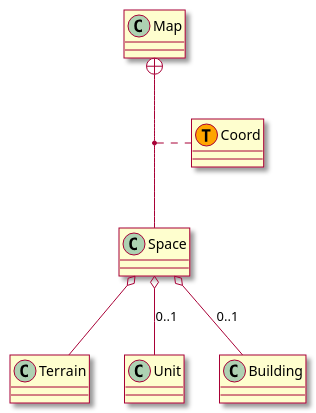
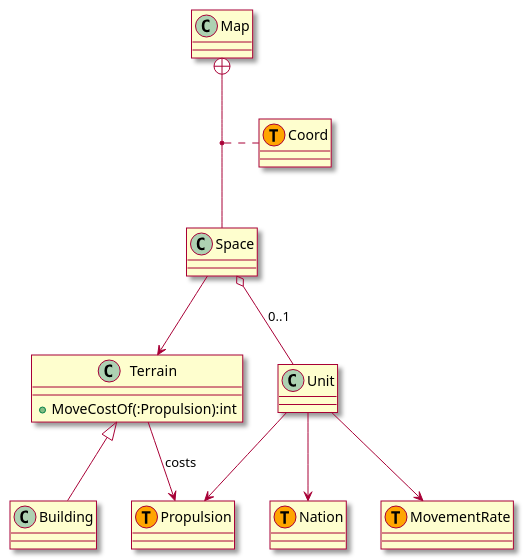
Before and after one commit to RicardoGuzmanVelasco/AdvanceWars: the diagram in Assets/AdvanceWars/Documentation~/Classes.puml, drawn with PlantUML. The commit also changed 16 other files, not shown here.

```diff
--- a/Assets/AdvanceWars/Documentation~/Classes.puml
+++ b/Assets/AdvanceWars/Documentation~/Classes.puml
@@ -1,15 +1,25 @@
 @startuml
 skin rose
 
+class Propulsion <<(T, Orange)>>
+class Terrain{
+    +MoveCostOf(:Propulsion):int
+}
+class Unit
+class MovementRate <<(T, Orange)>>
+class Nation <<(T, Orange)>>
 class Map
 class Space
 class Coord <<(T, orange)>>
 
+Unit --> Propulsion
+Unit --> MovementRate
 Map +-- Space
 (Map, Space) .. Coord
-
-Space o-- Terrain
+Space --> Terrain
+Terrain --> Propulsion : costs
+Unit --> Nation
 Space o-- Unit : 0..1
-Space o-- Building : 0..1
+Building -u-|> Terrain
 
 @enduml
```
